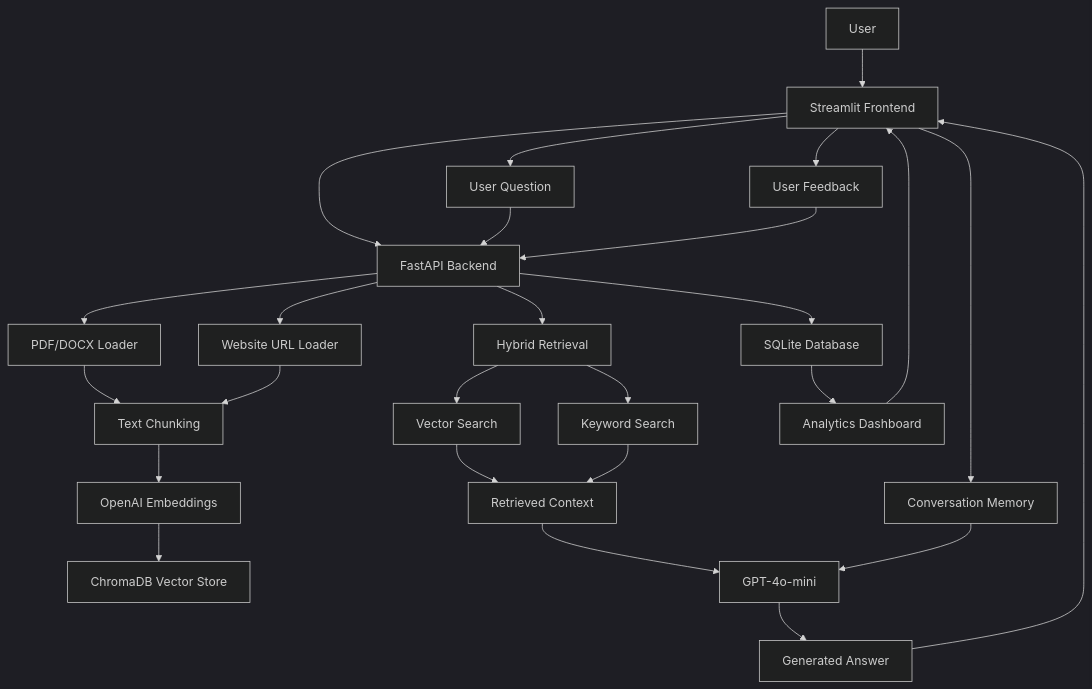
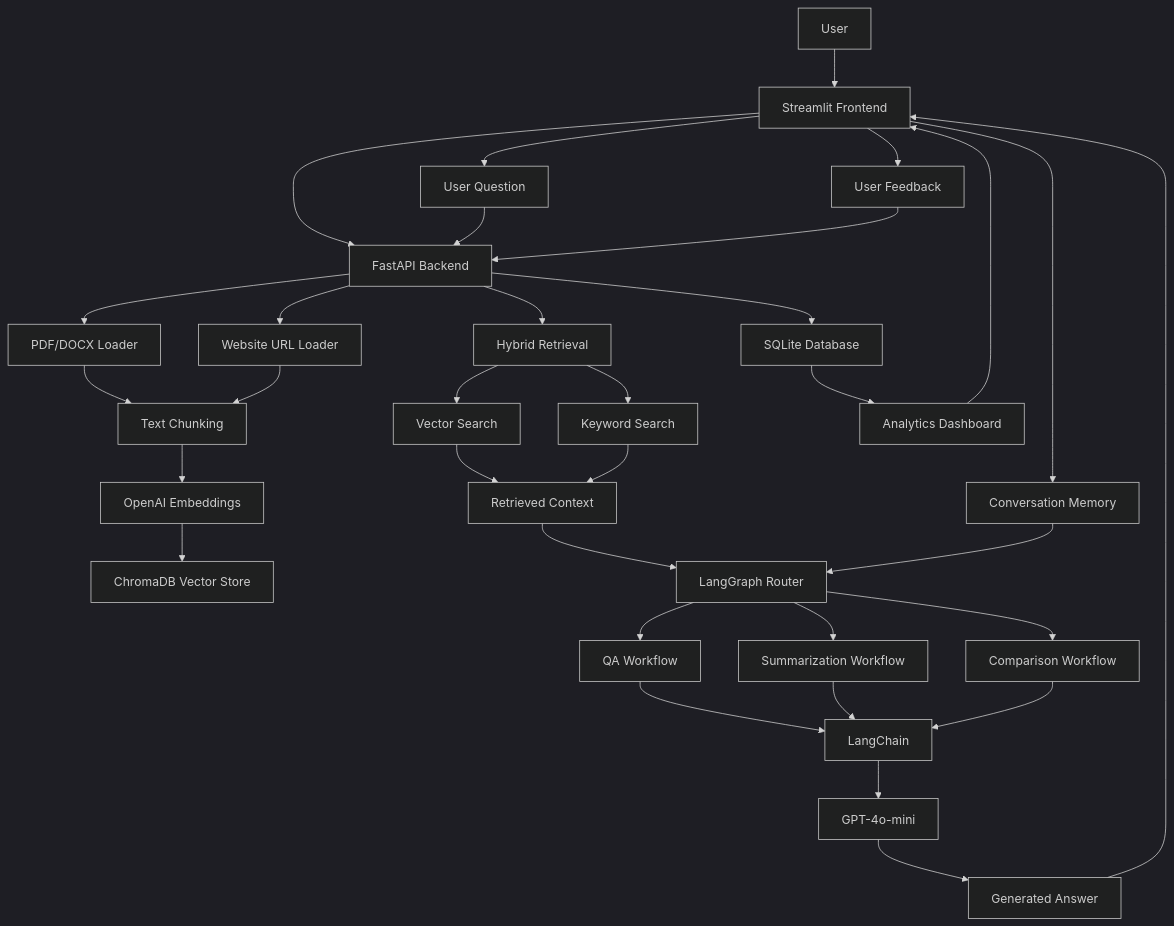
One commit to srushti0510/Enterprise-RAG-Assistant changed the diagram in architecture.md. Above: the diagram before and after it, drawn with Mermaid (dark theme). The commit also changed other lines of this file and 7 other files, not shown here.

Commit message:
LangChain and LangGraph implementation

````diff
--- a/architecture.md
+++ b/architecture.md
@@ -5,45 +5,55 @@
 ```mermaid
 flowchart TD
 
 U[User]
 
 U --> S[Streamlit Frontend]
 
 S --> F[FastAPI Backend]
 
 F --> DL[PDF/DOCX Loader]
 F --> UL[Website URL Loader]
 
 DL --> TC[Text Chunking]
 UL --> TC
 
 TC --> EMB[OpenAI Embeddings]
 EMB --> VS[ChromaDB Vector Store]
 
 S --> Q[User Question]
 Q --> F
 
 F --> HR[Hybrid Retrieval]
 
 HR --> VSR[Vector Search]
 HR --> KSR[Keyword Search]
 
 VSR --> RC[Retrieved Context]
 KSR --> RC
 
 S --> CM[Conversation Memory]
 
-RC --> GPT[GPT-4o-mini]
-CM --> GPT
+RC --> LG[LangGraph Router]
+CM --> LG
+
+LG --> QA[QA Workflow]
+LG --> SUM[Summarization Workflow]
+LG --> CMP[Comparison Workflow]
+
+QA --> LC[LangChain]
+SUM --> LC
+CMP --> LC
+
+LC --> GPT[GPT-4o-mini]
 
 GPT --> A[Generated Answer]
 A --> S
 
 S --> FB[User Feedback]
 FB --> F
 
 F --> SQL[SQLite Database]
 
 SQL --> AN[Analytics Dashboard]
 AN --> S
 ```
````
